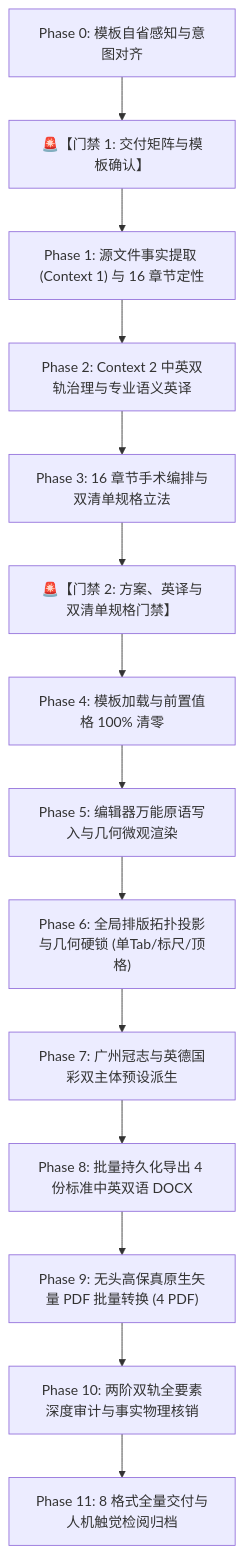
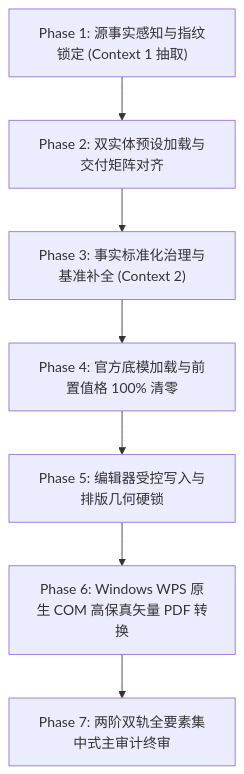
One commit to SnowLove0303/Msds-Engine changed the second of 2 diagrams in 体系交接文档/MSDS_Studio_Agent_Test_Kit/skill/SKILL.md. Above: the diagram before and after it, drawn with Mermaid. The commit also changed other lines of this file and 5 other files, not shown here.

````diff
--- a/体系交接文档/MSDS_Studio_Agent_Test_Kit/skill/SKILL.md
+++ b/体系交接文档/MSDS_Studio_Agent_Test_Kit/skill/SKILL.md
@@ -99,16 +49,9 @@
 ```mermaid
 flowchart TD
-    P0["Phase 0: 模板自省感知与意图对齐"] --> Gate1["🚨【门禁 1: 交付矩阵与模板确认】"]
-    Gate1 --> P1["Phase 1: 源文件事实提取 (Context 1) 与 16 章节定性"]
-    P1 --> P2["Phase 2: Context 2 中英双轨治理与专业语义英译"]
-    P2 --> P3["Phase 3: 16 章节手术编排与双清单规格立法"]
-    P3 --> Gate2["🚨【门禁 2: 方案、英译与双清单规格门禁】"]
-    Gate2 --> P4["Phase 4: 模板加载与前置值格 100% 清零"]
-    P4 --> P5["Phase 5: 编辑器万能原语写入与几何微观渲染"]
-    P5 --> P6["Phase 6: 全局排版拓扑投影与几何硬锁 (单Tab/标尺/顶格)"]
-    P6 --> P7["Phase 7: 广州冠志与英德国彩双主体预设派生"]
-    P7 --> P8["Phase 8: 批量持久化导出 4 份标准中英双语 DOCX"]
-    P8 --> P9["Phase 9: 无头高保真原生矢量 PDF 批量转换 (4 PDF)"]
-    P9 --> P10["Phase 10: 两阶双轨全要素深度审计与事实物理核销"]
-    P10 --> P11["Phase 11: 8 格式全量交付与人机触觉检阅归档"]
+    P1["Phase 1: 源事实感知与指纹锁定 (Context 1 抽取)"] --> P2["Phase 2: 双实体预设加载与交付矩阵对齐"]
+    P2 --> P3["Phase 3: 事实标准化治理与基准补全 (Context 2)"]
+    P3 --> P4["Phase 4: 官方底模加载与前置值格 100% 清零"]
+    P4 --> P5["Phase 5: 编辑器受控写入与排版几何硬锁"]
+    P5 --> P6["Phase 6: Windows WPS 原生 COM 高保真矢量 PDF 转换"]
+    P6 --> P7["Phase 7: 两阶双轨全要素集中式主审计终审"]
 ```
````
